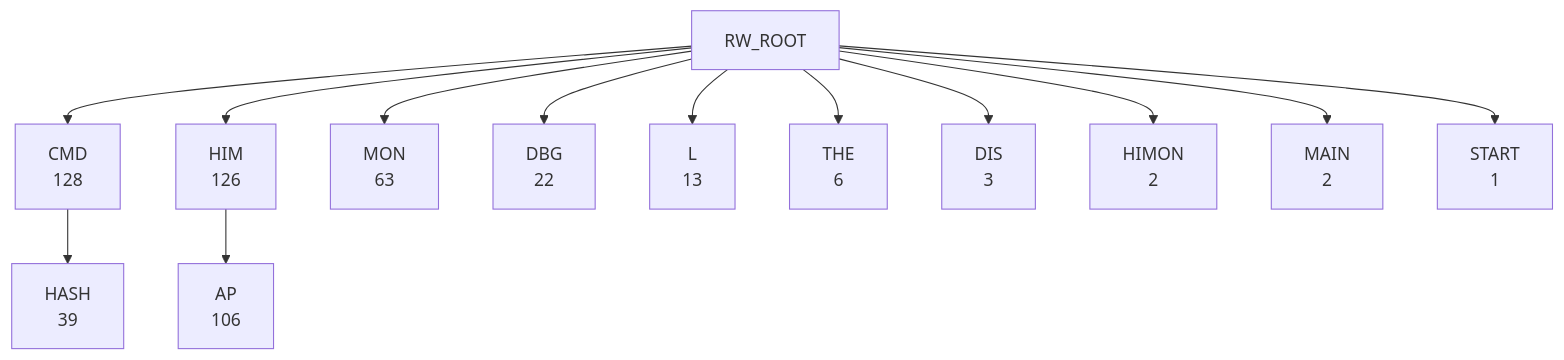
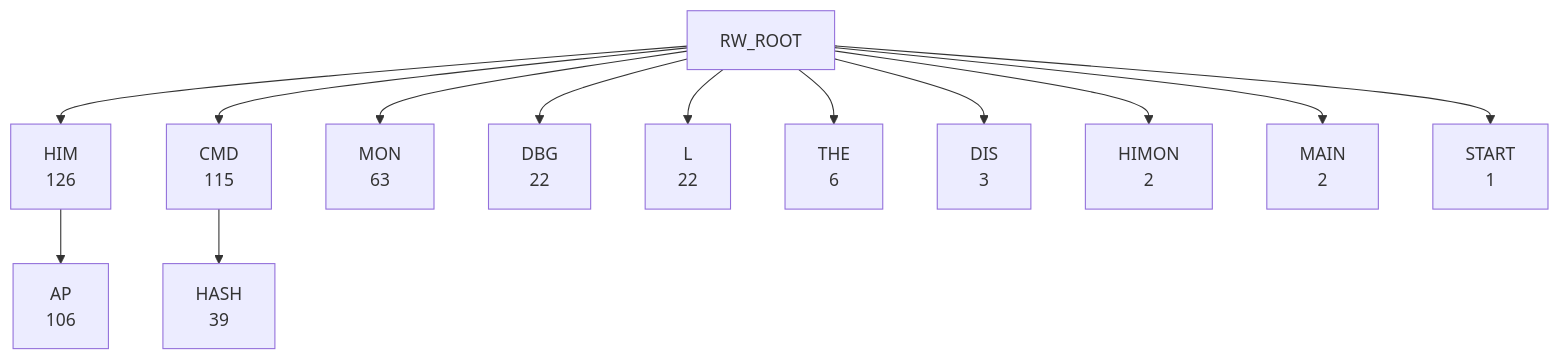
One commit to 95westus/R-YORS changed the second of 7 diagrams in DOC/GENERATED/ROUTINE_WORD_TREE.md. Above: the diagram before and after it, drawn with Mermaid. The commit also changed other lines of this file and 65 other files, not shown here.

````diff
--- a/DOC/GENERATED/ROUTINE_WORD_TREE.md
+++ b/DOC/GENERATED/ROUTINE_WORD_TREE.md
@@ -28,15 +28,15 @@
 ```mermaid
 flowchart TD
-    RW_ROOT --> RW_CMD["CMD<br/>128"]
     RW_ROOT --> RW_HIM["HIM<br/>126"]
+    RW_ROOT --> RW_CMD["CMD<br/>115"]
     RW_ROOT --> RW_MON["MON<br/>63"]
     RW_ROOT --> RW_DBG["DBG<br/>22"]
-    RW_ROOT --> RW_L["L<br/>13"]
+    RW_ROOT --> RW_L["L<br/>22"]
     RW_ROOT --> RW_THE["THE<br/>6"]
     RW_ROOT --> RW_DIS["DIS<br/>3"]
     RW_ROOT --> RW_HIMON["HIMON<br/>2"]
     RW_ROOT --> RW_MAIN["MAIN<br/>2"]
     RW_ROOT --> RW_START["START<br/>1"]
     RW_HIM --> RW_HIM_AP["AP<br/>106"]
     RW_CMD --> RW_CMD_HASH["HASH<br/>39"]
 ```
````
